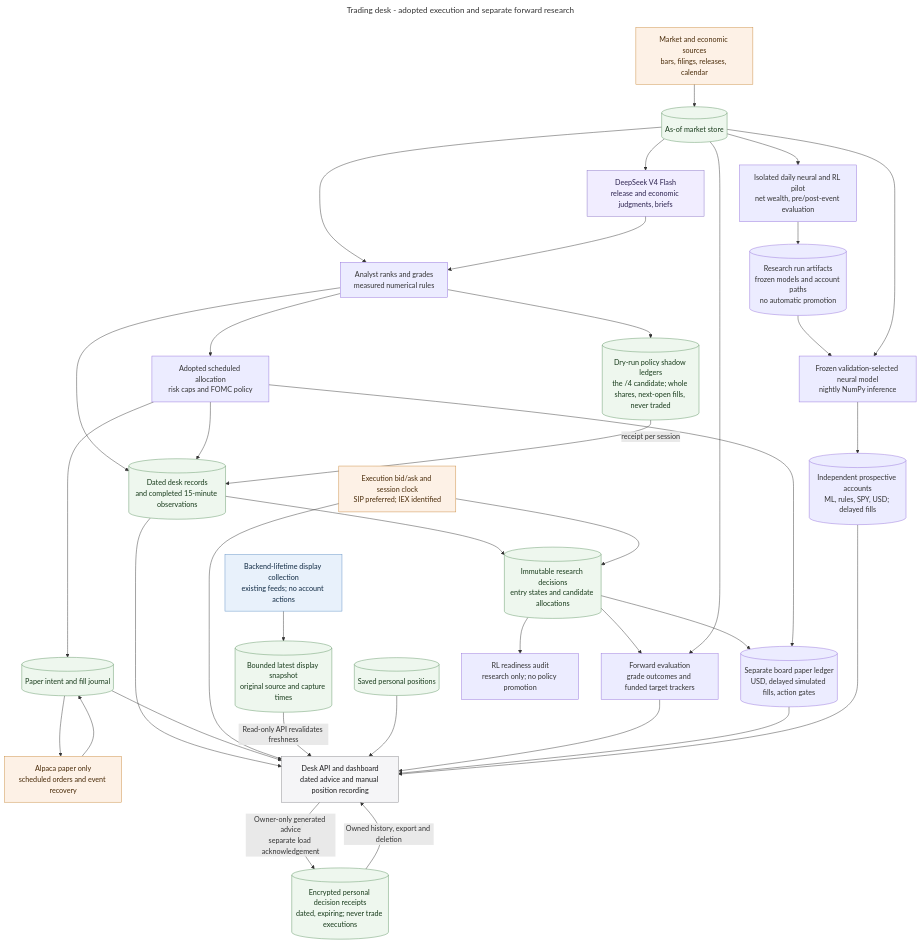
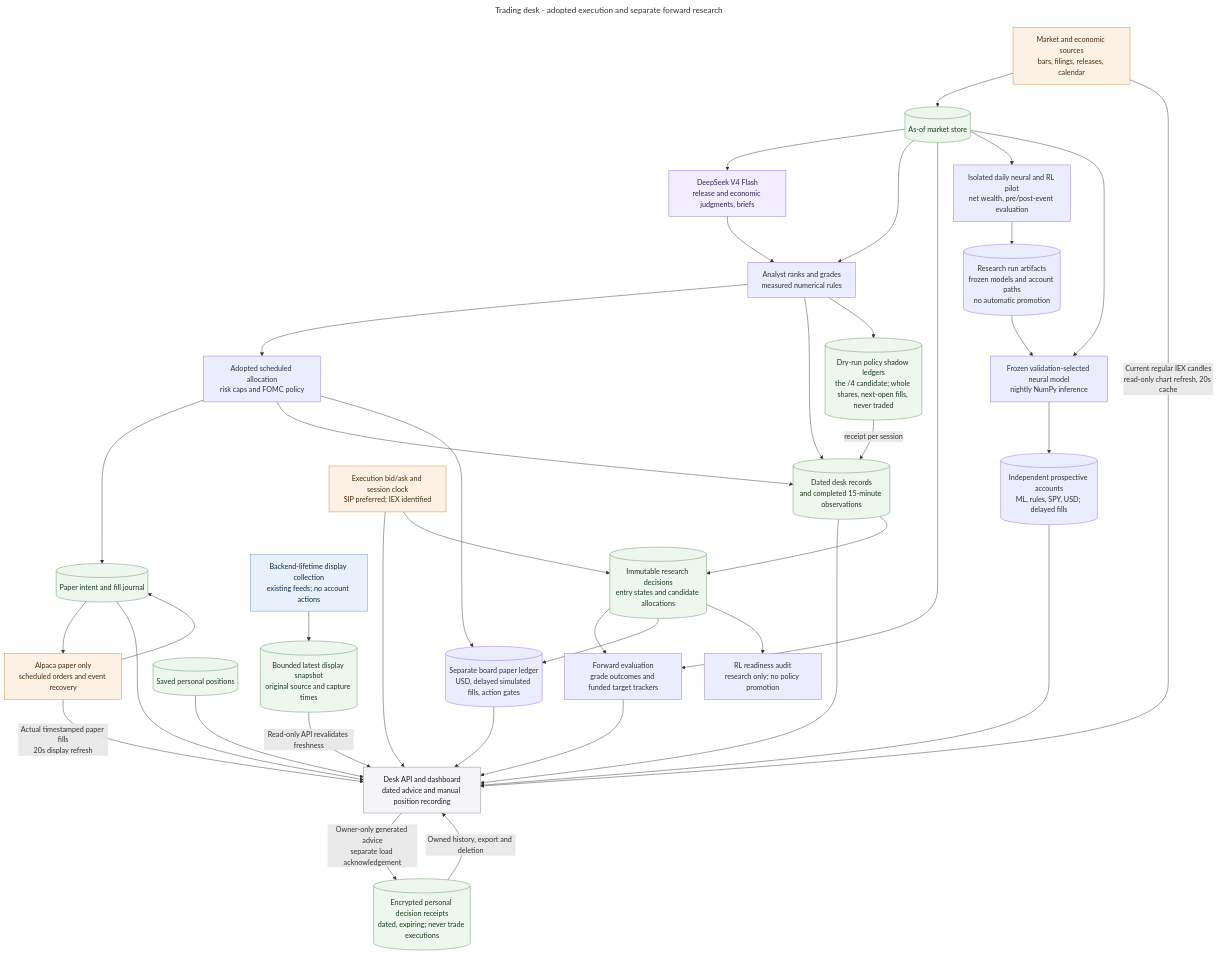
One commit to MallyaAni/PersonalAssistant changed the diagram in docs/diagrams/agent-trading-desk.mmd. Above: the diagram before and after it, drawn with Mermaid. The commit also changed 18 other files, not shown here.

Commit message:
Rank immediate paper actions and refresh current candles and fills

```diff
--- a/docs/diagrams/agent-trading-desk.mmd
+++ b/docs/diagrams/agent-trading-desk.mmd
@@ -1,50 +1,52 @@
 ---
 title: Trading desk - adopted execution and separate forward research
 ---
 flowchart TB
     Providers[Market and economic sources<br/>bars, filings, releases, calendar] --> Store[(As-of market store)]
     Store --> Models[DeepSeek V4 Flash<br/>release and economic judgments, briefs]
     Store --> Grades[Analyst ranks and grades<br/>measured numerical rules]
     Models --> Grades
     Grades --> Plan[Adopted scheduled allocation<br/>risk caps and FOMC policy]
     Plan --> Journal[(Paper intent and fill journal)]
     Journal --> Broker[Alpaca paper only<br/>scheduled orders and event recovery]
     Broker --> Journal
     Grades --> Records[(Dated desk records<br/>and completed 15-minute observations)]
     Plan --> Records
     Records --> View[Desk API and dashboard<br/>dated advice and manual position recording]
     Journal --> View
+    Providers -->|Current regular IEX candles<br/>read-only chart refresh, 20s cache| View
+    Broker -->|Actual timestamped paper fills<br/>20s display refresh| View
     Quotes[Execution bid/ask and session clock<br/>SIP preferred; IEX identified] --> View
     DisplayCollector[Backend-lifetime display collection<br/>existing feeds; no account actions] --> DisplaySnapshot[(Bounded latest display snapshot<br/>original source and capture times)]
     DisplaySnapshot -->|Read-only API revalidates freshness| View
     Holdings[(Saved personal positions)] --> View
     View -->|Owner-only generated advice<br/>separate load acknowledgement| PersonalHistory[(Encrypted personal decision receipts<br/>dated, expiring; never trade executions)]
     PersonalHistory -->|Owned history, export and deletion| View
     Records --> Research[(Immutable research decisions<br/>entry states and candidate allocations)]
     Quotes --> Research
     Research --> Evidence[Forward evaluation<br/>grade outcomes and funded target trackers]
     Store --> Evidence
     Evidence --> View
     Research --> Shadow[(Separate board paper ledger<br/>USD, delayed simulated fills, action gates)]
     Plan --> Shadow
     Shadow --> View
     Research --> Audit[RL readiness audit<br/>research only; no policy promotion]
     Store --> Pilot[Isolated daily neural and RL pilot<br/>net wealth, pre/post-event evaluation]
     Pilot --> Artifacts[(Research run artifacts<br/>frozen models and account paths<br/>no automatic promotion)]
     Artifacts --> Frozen[Frozen validation-selected neural model<br/>nightly NumPy inference]
     Store --> Frozen
     Frozen --> MLForward[(Independent prospective accounts<br/>ML, rules, SPY, USD; delayed fills)]
     MLForward --> View
     Grades --> PolicyShadow[(Dry-run policy shadow ledgers<br/>the /4 candidate; whole shares, next-open fills, never traded)]
     PolicyShadow -->|receipt per session| Records
 
     classDef data fill:#eef7ee,stroke:#5f9562,color:#183b1b;
     classDef external fill:#fdf1e6,stroke:#c98a3d,color:#4a2c0a;
     classDef model fill:#f1edff,stroke:#8872c6,color:#2e2450;
     classDef interface fill:#f5f5f7,stroke:#86868b,color:#1d1d1f;
     classDef application fill:#e8f1fb,stroke:#5e8fc4,color:#102a43;
     class Store,Journal,Records,Holdings,Research,PersonalHistory,DisplaySnapshot,PolicyShadow data;
     class Providers,Broker,Quotes external;
     class Models model;
     class View interface;
     class DisplayCollector application;
```
